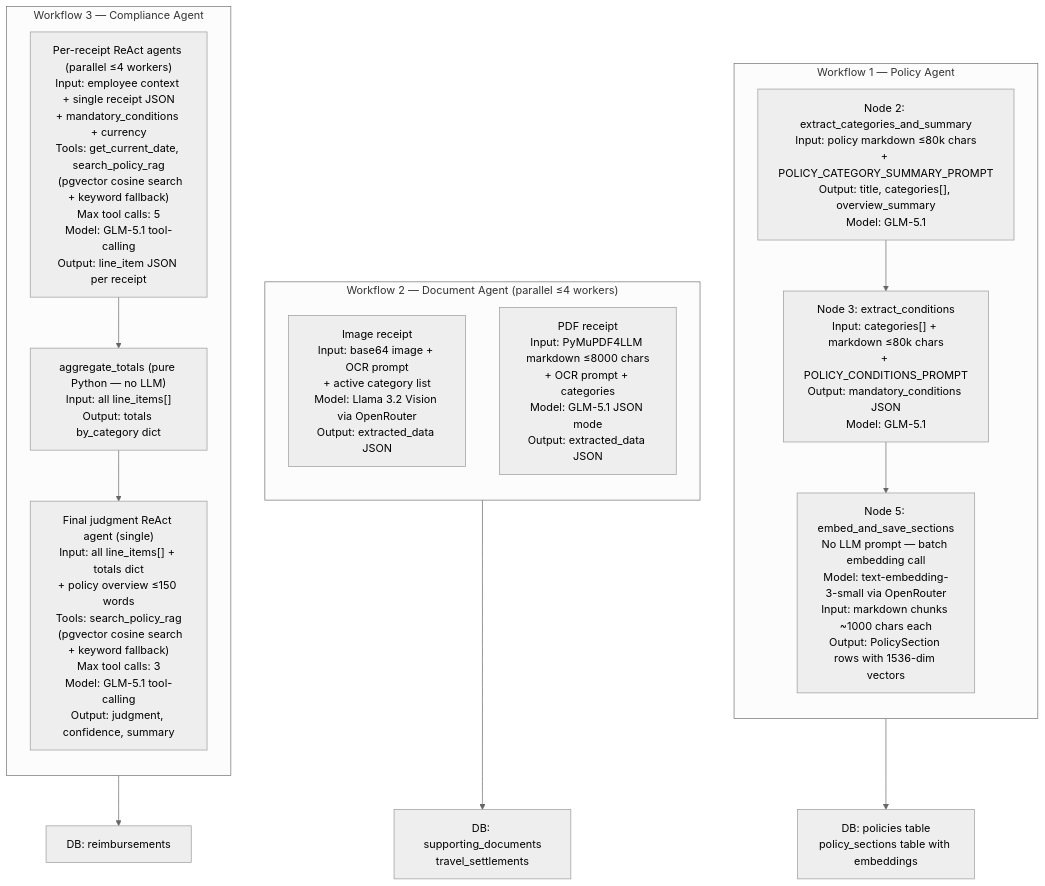
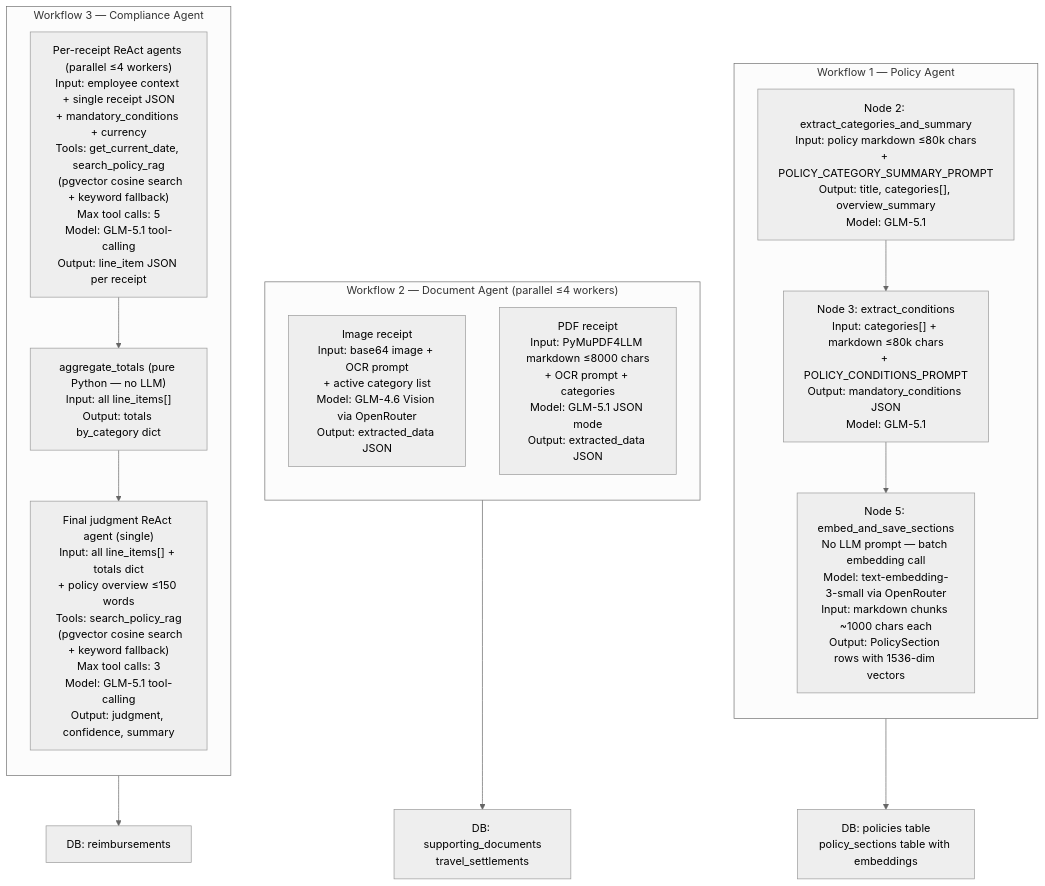
The second of 8 diagrams in docs/ai-templates/sad/SAD_Mermaid_Diagram.md (FilbertNg/reclaim_backup), drawn with Mermaid (neutral theme) before and after one commit. The commit also changed other lines of this file and 1 other file, not shown here.

Commit message:
docs: changing the vision model to GLM 4.6v to SAD

````diff
--- a/docs/ai-templates/sad/SAD_Mermaid_Diagram.md
+++ b/docs/ai-templates/sad/SAD_Mermaid_Diagram.md
@@ -52,30 +46,30 @@
 ```mermaid
 flowchart TD
     subgraph W1["Workflow 1 — Policy Agent"]
         direction TB
         N2["Node 2: extract_categories_and_summary\nInput: policy markdown ≤80k chars\n+ POLICY_CATEGORY_SUMMARY_PROMPT\nOutput: title, categories[], overview_summary\nModel: GLM-5.1"]
         N3["Node 3: extract_conditions\nInput: categories[] + markdown ≤80k chars\n+ POLICY_CONDITIONS_PROMPT\nOutput: mandatory_conditions JSON\nModel: GLM-5.1"]
         N5["Node 5: embed_and_save_sections\nNo LLM prompt — batch embedding call\nModel: text-embedding-3-small via OpenRouter\nInput: markdown chunks ~1000 chars each\nOutput: PolicySection rows with 1536-dim vectors"]
         N2 --> N3
         N3 --> N5
     end
 
     subgraph W2["Workflow 2 — Document Agent (parallel ≤4 workers)"]
         direction TB
-        IMG["Image receipt\nInput: base64 image + OCR prompt\n+ active category list\nModel: Llama 3.2 Vision via OpenRouter\nOutput: extracted_data JSON"]
+        IMG["Image receipt\nInput: base64 image + OCR prompt\n+ active category list\nModel: GLM-4.6 Vision via OpenRouter\nOutput: extracted_data JSON"]
         PDF["PDF receipt\nInput: PyMuPDF4LLM markdown ≤8000 chars\n+ OCR prompt + categories\nModel: GLM-5.1 JSON mode\nOutput: extracted_data JSON"]
     end
 
     subgraph W3["Workflow 3 — Compliance Agent"]
         direction TB
         PER["Per-receipt ReAct agents (parallel ≤4 workers)\nInput: employee context + single receipt JSON\n+ mandatory_conditions + currency\nTools: get_current_date, search_policy_rag\n  (pgvector cosine search + keyword fallback)\nMax tool calls: 5\nModel: GLM-5.1 tool-calling\nOutput: line_item JSON per receipt"]
         AGG["aggregate_totals (pure Python — no LLM)\nInput: all line_items[]\nOutput: totals by_category dict"]
         FINAL["Final judgment ReAct agent (single)\nInput: all line_items[] + totals dict\n+ policy overview ≤150 words\nTools: search_policy_rag\n  (pgvector cosine search + keyword fallback)\nMax tool calls: 3\nModel: GLM-5.1 tool-calling\nOutput: judgment, confidence, summary"]
         PER --> AGG
         AGG --> FINAL
     end
 
     W1 --> DB1["DB: policies table\npolicy_sections table with embeddings"]
     W2 --> DB2["DB: supporting_documents\ntravel_settlements"]
     W3 --> DB3["DB: reimbursements"]
 ```
````
